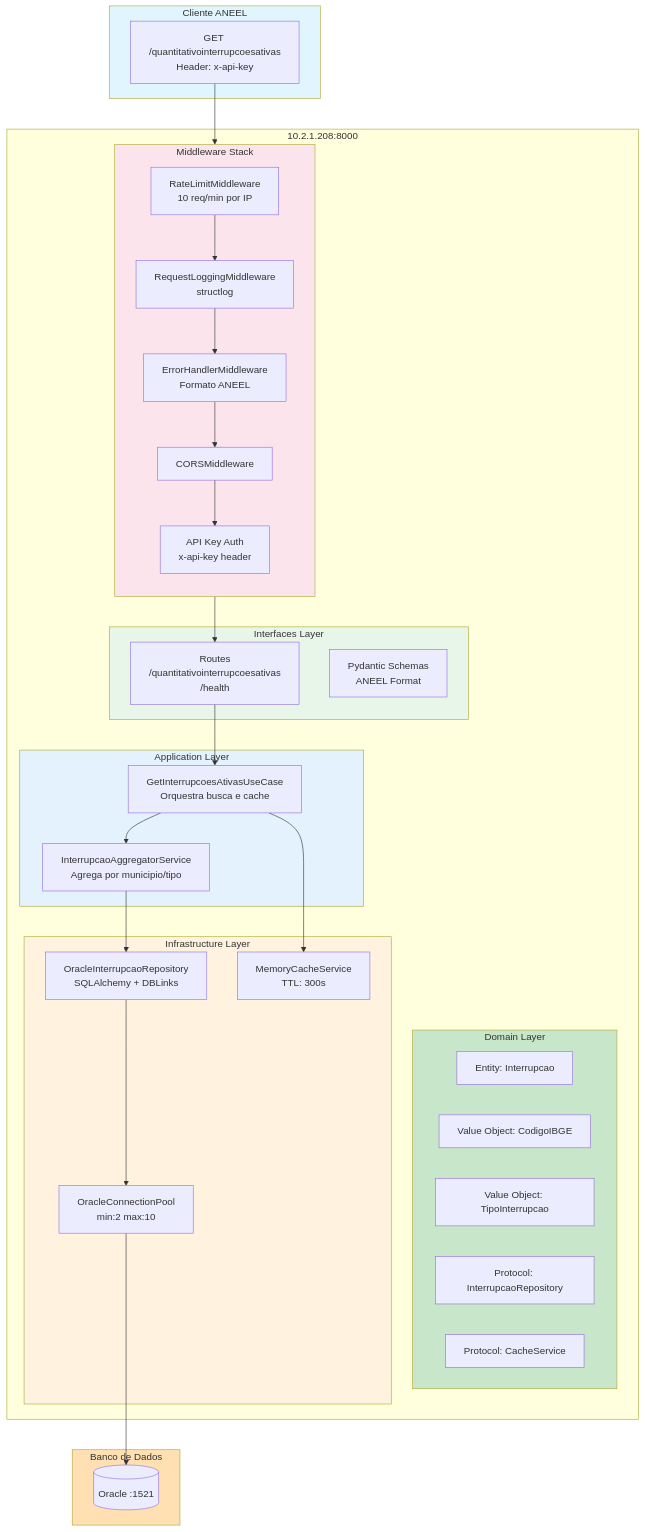
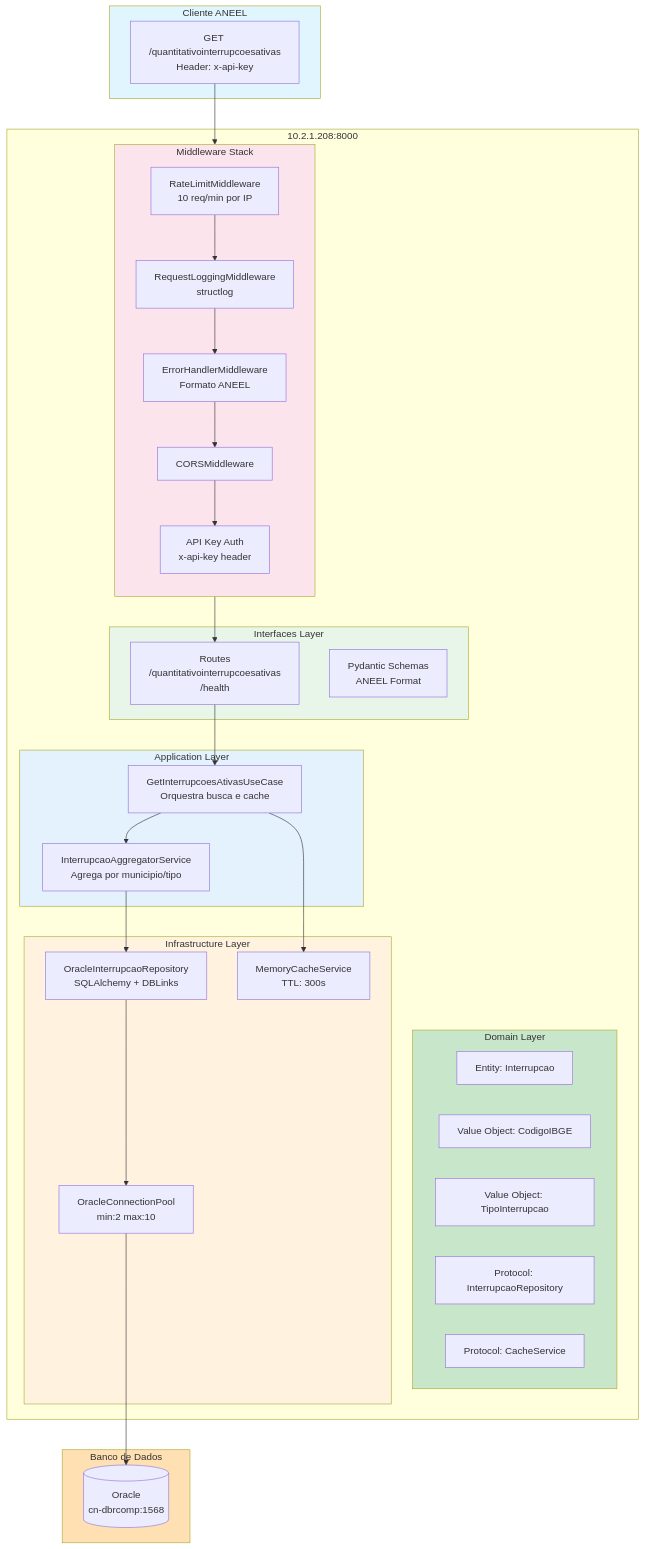
The second of 5 diagrams in docs/architecture/api1-component-diagram.md (devenergia/radar), drawn with Mermaid before and after one commit. The commit also changed other lines of this file, not shown here.

First line of the commit message:
docs(arch): corrigir conexao Oracle para cn-dbrcomp:1568/AJUBVPD

````diff
--- a/docs/architecture/api1-component-diagram.md
+++ b/docs/architecture/api1-component-diagram.md
@@ -60,66 +60,66 @@
 ```mermaid
 flowchart TB
     subgraph Client["Cliente ANEEL"]
         REQ[GET /quantitativointerrupcoesativas<br/>Header: x-api-key]
     end
 
     subgraph Server["10.2.1.208:8000"]
         subgraph Middlewares["Middleware Stack"]
             direction TB
             RATE[RateLimitMiddleware<br/>10 req/min por IP]
             LOG[RequestLoggingMiddleware<br/>structlog]
             ERR[ErrorHandlerMiddleware<br/>Formato ANEEL]
             CORS[CORSMiddleware]
             AUTH[API Key Auth<br/>x-api-key header]
         end
 
         subgraph Interfaces["Interfaces Layer"]
             ROUTES[Routes<br/>/quantitativointerrupcoesativas<br/>/health]
             SCHEMAS[Pydantic Schemas<br/>ANEEL Format]
         end
 
         subgraph Application["Application Layer"]
             USECASE[GetInterrupcoesAtivasUseCase<br/>Orquestra busca e cache]
             AGGREGATOR[InterrupcaoAggregatorService<br/>Agrega por municipio/tipo]
         end
 
         subgraph Domain["Domain Layer"]
             ENTITY[Entity: Interrupcao]
             VO1[Value Object: CodigoIBGE]
             VO2[Value Object: TipoInterrupcao]
             PROTO1[Protocol: InterrupcaoRepository]
             PROTO2[Protocol: CacheService]
         end
 
         subgraph Infrastructure["Infrastructure Layer"]
             REPO[OracleInterrupcaoRepository<br/>SQLAlchemy + DBLinks]
             CACHE[MemoryCacheService<br/>TTL: 300s]
             POOL[OracleConnectionPool<br/>min:2 max:10]
         end
     end
 
     subgraph Database["Banco de Dados"]
-        ORACLE[(Oracle :1521)]
+        ORACLE[(Oracle<br/>cn-dbrcomp:1568)]
     end
 
     REQ --> RATE
     RATE --> LOG
     LOG --> ERR
     ERR --> CORS
     CORS --> AUTH
     AUTH --> ROUTES
     ROUTES --> USECASE
     USECASE --> CACHE
     USECASE --> AGGREGATOR
     AGGREGATOR --> REPO
     REPO --> POOL
     POOL --> ORACLE
 
     style Client fill:#e1f5fe
     style Middlewares fill:#fce4ec
     style Interfaces fill:#e8f5e9
     style Application fill:#e3f2fd
     style Domain fill:#c8e6c9
     style Infrastructure fill:#fff3e0
     style Database fill:#ffe0b2
 ```
````
